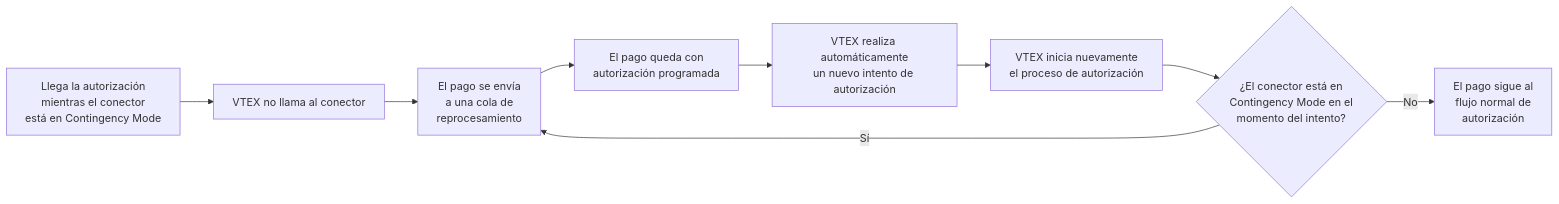
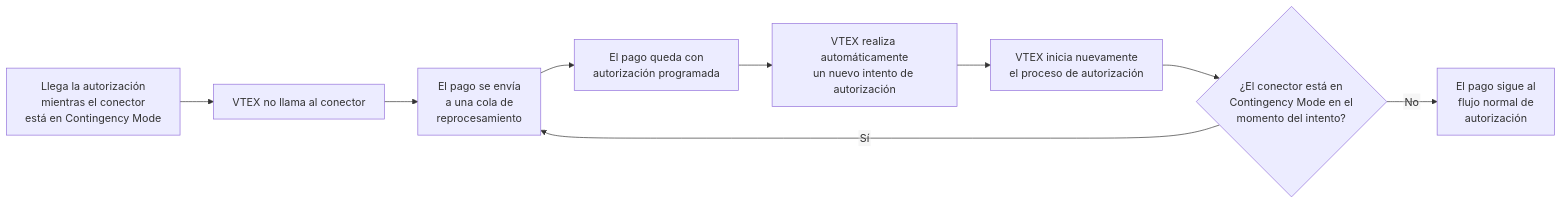
One commit to vtexdocs/help-center-content changed the second of 2 diagrams in docs/es/tutorials/pagos/transacciones/mode-off-faq.md. Above: the diagram before and after it, drawn with Mermaid. The commit also changed other lines of this file and 2 other files, not shown here.

Commit message:
update: edu-18553 fix mermaid format

````diff
--- a/docs/es/tutorials/pagos/transacciones/mode-off-faq.md
+++ b/docs/es/tutorials/pagos/transacciones/mode-off-faq.md
@@ -128,12 +128,12 @@
 ```mermaid
-%%{init: {'flowchart': {'htmlLabels': true, 'useMaxWidth': false, 'wrappingWidth': 220, 'padding': 14}}}%%
+%%{init: {'flowchart': {'htmlLabels': false, 'useMaxWidth': false, 'wrappingWidth': 220, 'padding': 14}}}%%
 flowchart LR
     A["Llega la autorización<br/>mientras el conector<br/>está en Contingency Mode"] --> B["VTEX no llama al conector"]
     B --> C["El pago se envía<br/>a una cola de<br/>reprocesamiento"]
     C --> D["El pago queda con<br/>autorización programada"]
     D --> E["VTEX realiza automáticamente<br/>un nuevo intento de autorización"]
     E --> F["VTEX inicia nuevamente<br/>el proceso de autorización"]
     F --> G{"¿El conector está en<br/>Contingency Mode en el<br/>momento del intento?"}
     G -- "Sí" --> C
     G -- "No" --> H["El pago sigue al<br/>flujo normal de<br/>autorización"]
 ```
````
